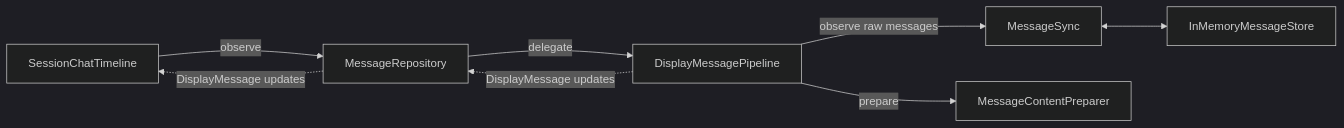
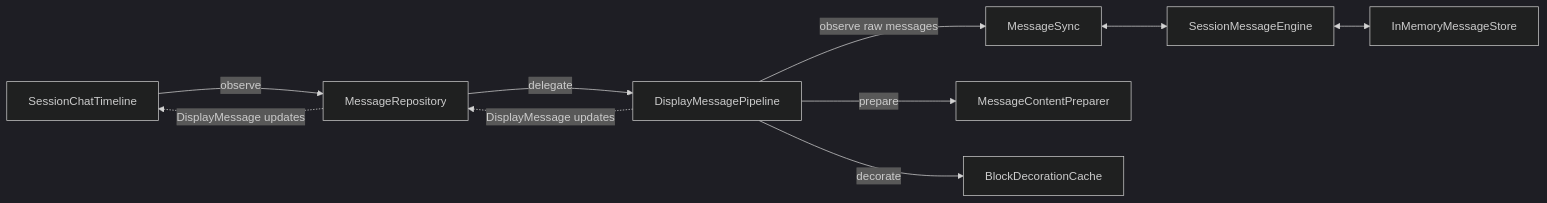
The first of 5 diagrams in docs/features/message-store/assistant-message-pipeline.md (opencode-mobile/opencode-mobile), drawn with Mermaid (dark theme) before and after one commit. The commit also changed other lines of this file and 91 other files, not shown here.

````diff
--- a/docs/features/message-store/assistant-message-pipeline.md
+++ b/docs/features/message-store/assistant-message-pipeline.md
@@ -38,10 +45,12 @@
 ```mermaid
 flowchart LR
   UI[SessionChatTimeline] -->|observe| Repo[MessageRepository]
   Repo -->|delegate| Pipe[DisplayMessagePipeline]
   Pipe -->|observe raw messages| Sync[MessageSync]
-  Sync <--> Store[InMemoryMessageStore]
+  Sync <--> Engine[SessionMessageEngine]
+  Engine <--> Store[InMemoryMessageStore]
   Pipe -->|prepare| Prep[MessageContentPreparer]
+  Pipe -->|decorate| Cache[BlockDecorationCache]
   Pipe -. DisplayMessage updates .-> Repo
   Repo -. DisplayMessage updates .-> UI
 ```
````
